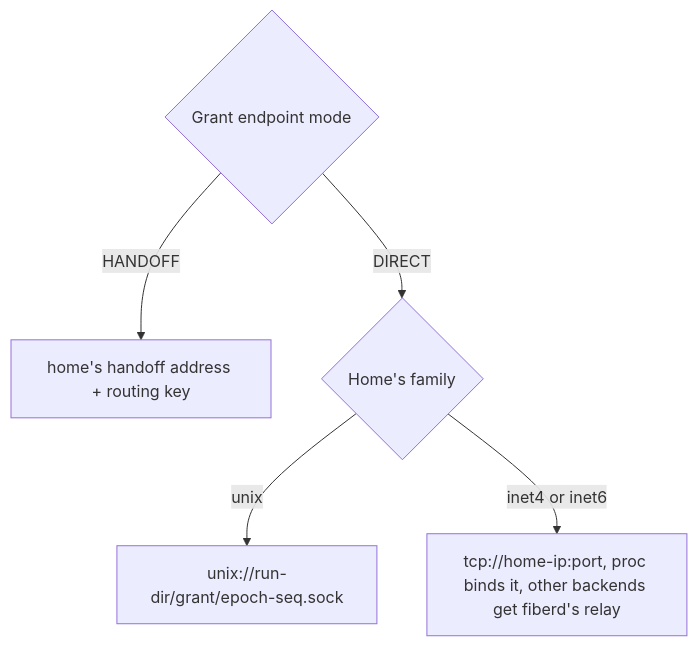
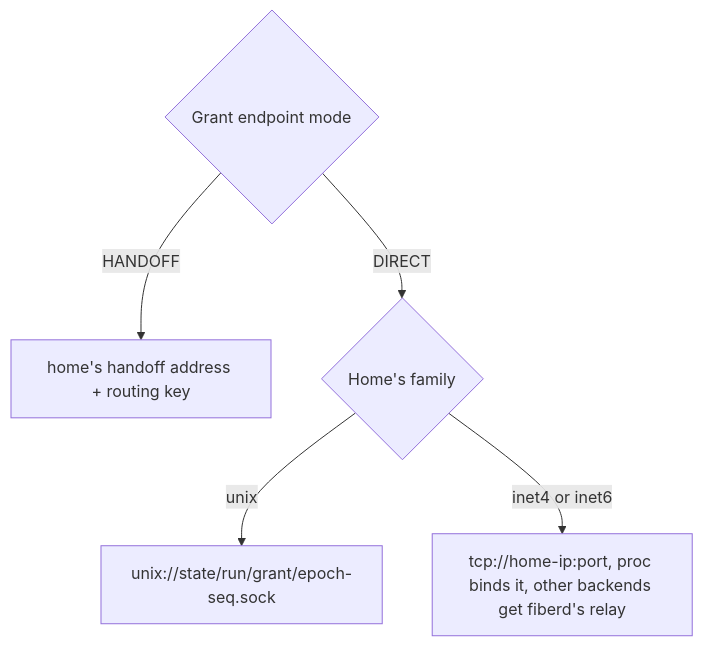
One commit to helayoty/fiberd changed the diagram in docs/design/networking.md. Above: the diagram before and after it, drawn with Mermaid. The commit also changed other lines of this file and 74 other files, not shown here.

````diff
--- a/docs/design/networking.md
+++ b/docs/design/networking.md
@@ -11,7 +11,7 @@
 ```mermaid
 flowchart TB
   G{Grant endpoint mode} -- HANDOFF --> H["home's handoff address + routing key"]
   G -- DIRECT --> F{Home's family}
-  F -- unix --> U["unix://run-dir/grant/epoch-seq.sock"]
+  F -- unix --> U["unix://state/run/grant/epoch-seq.sock"]
   F -- inet4 or inet6 --> T["tcp://home-ip:port, proc binds it, other backends get fiberd's relay"]
 ```
````
